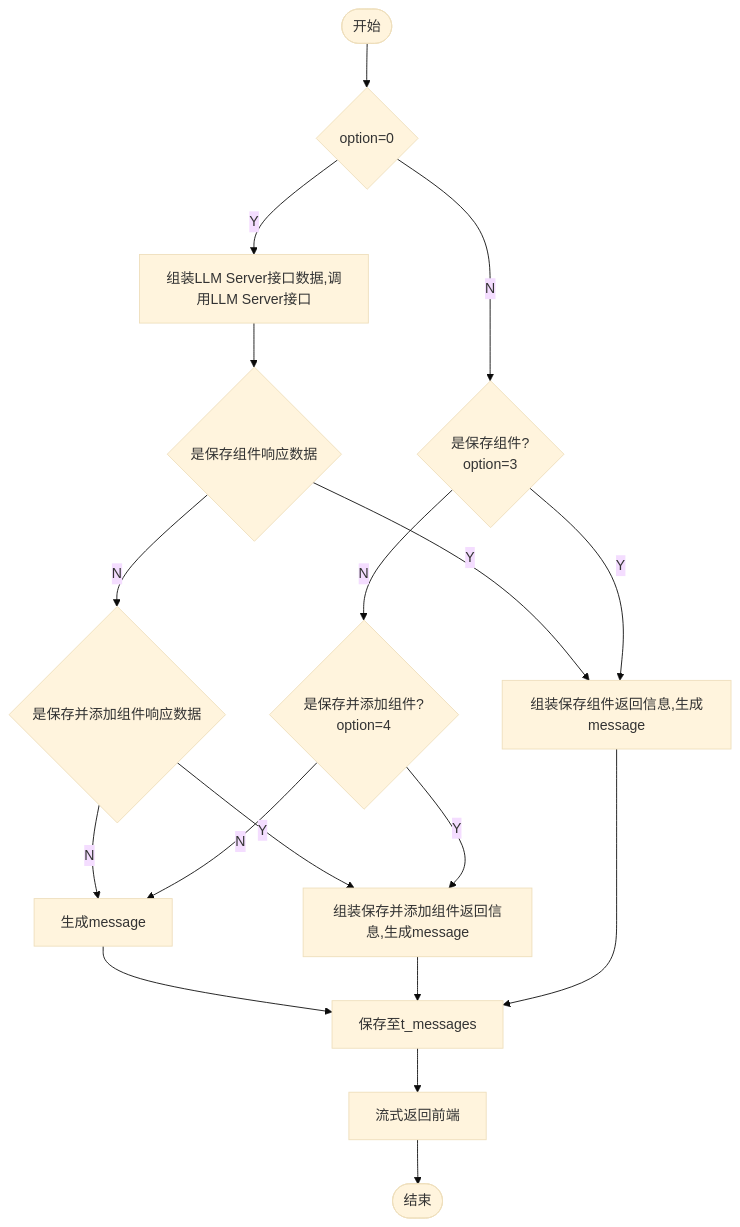
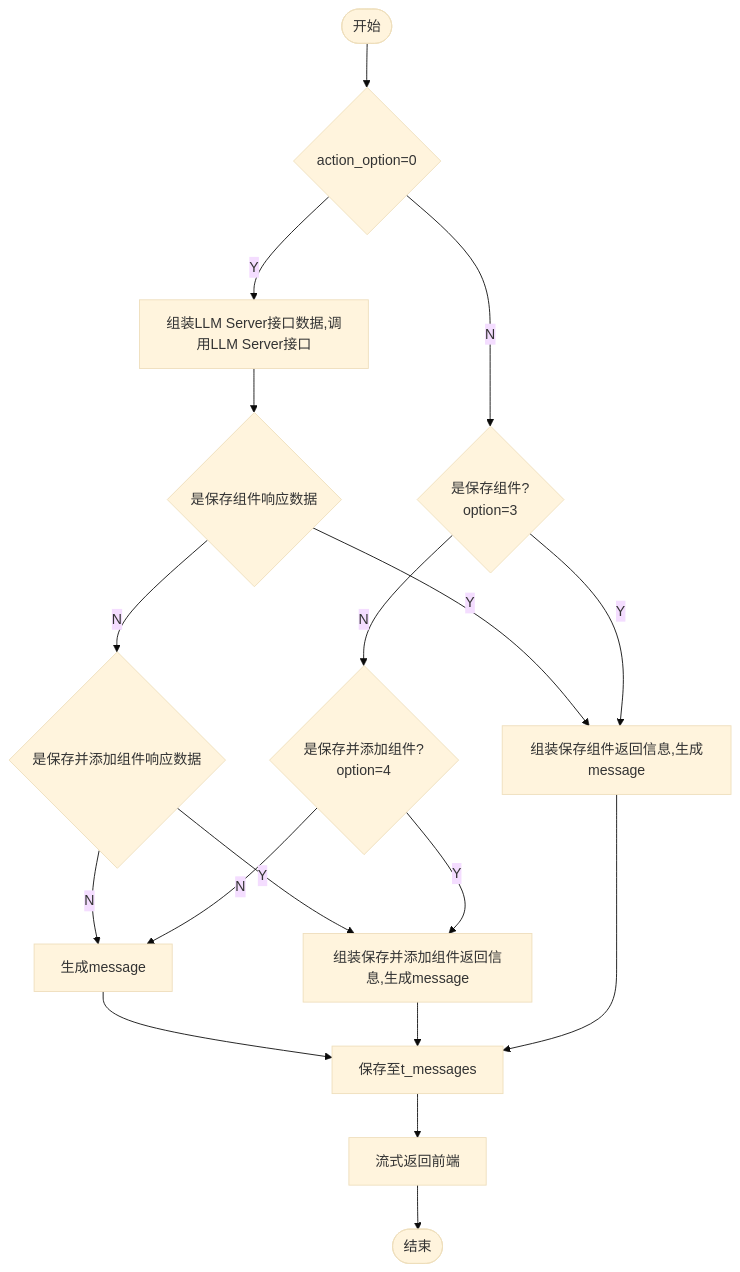
One commit to yingjianzh/iodraw-files changed the diagram in all/添加保存组件.md. Above: the diagram before and after it, drawn with Mermaid (base theme).

Commit message:
2024-10-15 15:22:37 update

````diff
--- a/all/添加保存组件.md
+++ b/all/添加保存组件.md
@@ -1,20 +1,20 @@
 ```mermaid
 flowchart TD
-    A([开始]) --> B{option=0}
+    A([开始]) --> B{action_option=0}
     B -- Y --> C[组装LLM Server接口数据,调用LLM Server接口]
     B -- N --> D{是保存组件? \n option=3}
     E -- N --> L{是保存并添加组件响应数据}
     E -- Y --> F[组装保存组件返回信息,生成message]
     C --> E{是保存组件响应数据}
     L -- N --> R[生成message]
     R --> G
     L -- Y --> K
     D -- Y --> F
     D -- N --> J{是保存并添加组件? \n option=4}
     J -- Y --> K[组装保存并添加组件返回信息,生成message]
     K --> G
     J -- N --> R
     F --> G[保存至t_messages]
     G --> H[流式返回前端]
     H --> I([结束])
 ```
````
